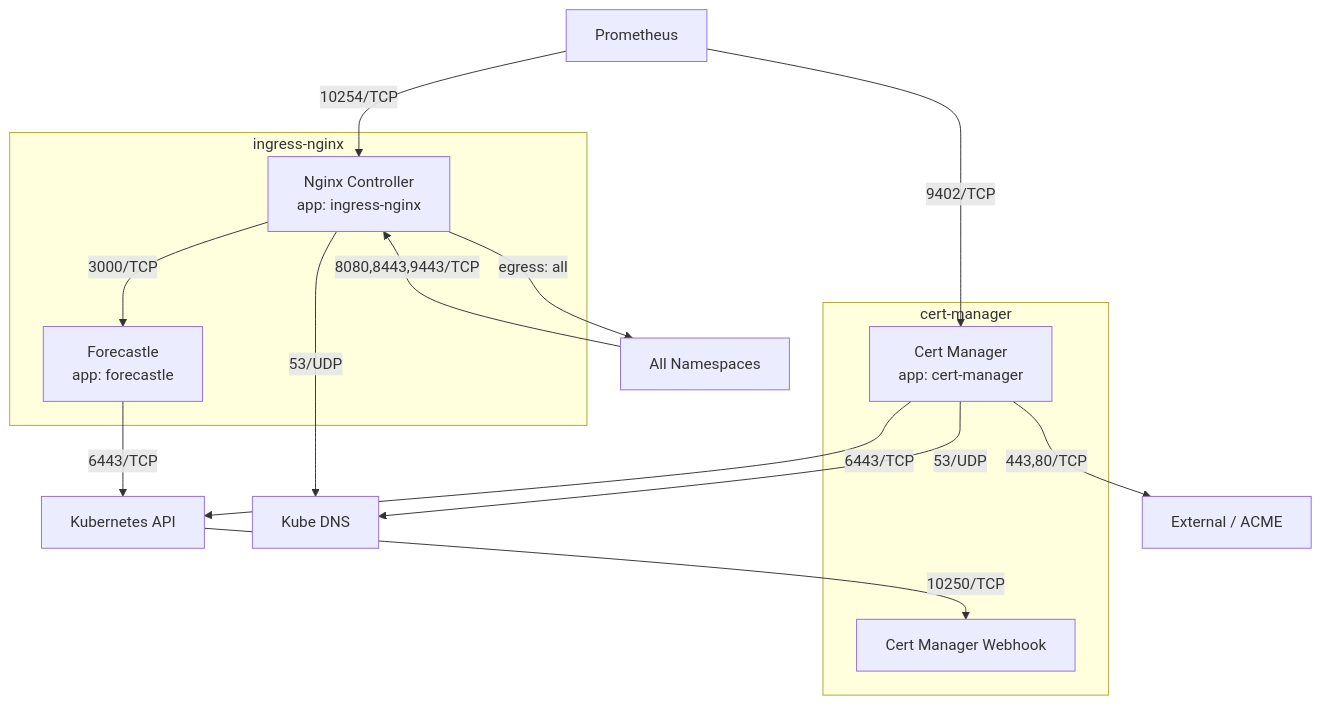
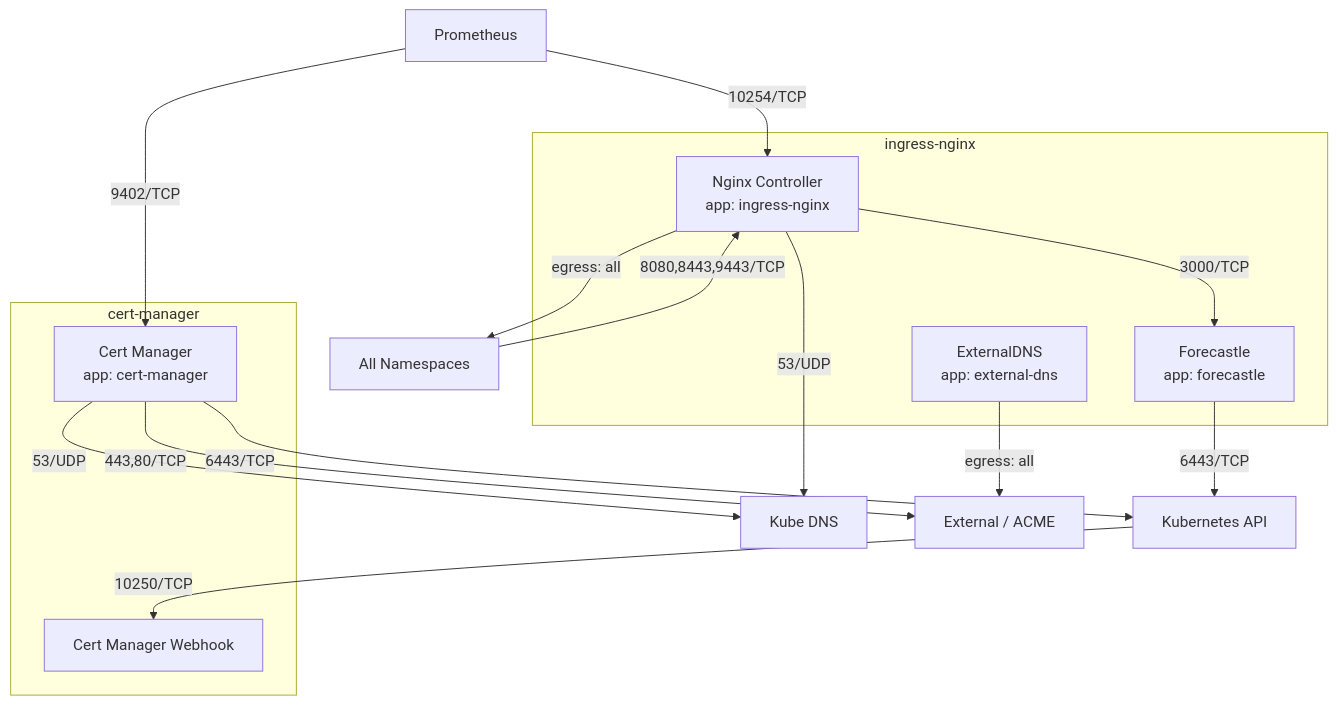
Before and after one commit to sighupio/fury-distribution: the diagram in docs/network-policies/modules/ingress/single.md, drawn with Mermaid. The commit also changed 5 other files, not shown here.

Commit message:
docs(network-policies): update READMEs and diagrams

````diff
--- a/docs/network-policies/modules/ingress/single.md
+++ b/docs/network-policies/modules/ingress/single.md
@@ -3,31 +3,33 @@
 ```mermaid
 graph TD
     %% Namespaces
     subgraph ingress-nginx
         nginx[Nginx Controller<br/>app: ingress-nginx]
         fc[Forecastle<br/>app: forecastle]
+        edns[ExternalDNS<br/>app: external-dns]
     end
 
     subgraph cert-manager
         cm[Cert Manager<br/>app: cert-manager]
         cmw[Cert Manager Webhook]
     end
 
     %% External and K8s Core Components
     dns[Kube DNS]
     api[Kubernetes API]
     prom[Prometheus]
     ext[External / ACME]
 
     %% Edges
     nginx & cm -->|"53/UDP"| dns
     cm -->|"6443/TCP"| api
     fc -->|"6443/TCP"| api
     api -->|"10250/TCP"| cmw
     prom -->|"10254/TCP"| nginx
     prom -->|"9402/TCP"| cm
     cm -->|"443,80/TCP"| ext
     all[All Namespaces] -->|"8080,8443,9443/TCP"| nginx
     nginx -->|"egress: all"| all
     nginx -->|"3000/TCP"| fc
+    edns --> |"egress: all"| ext
 ```
````
